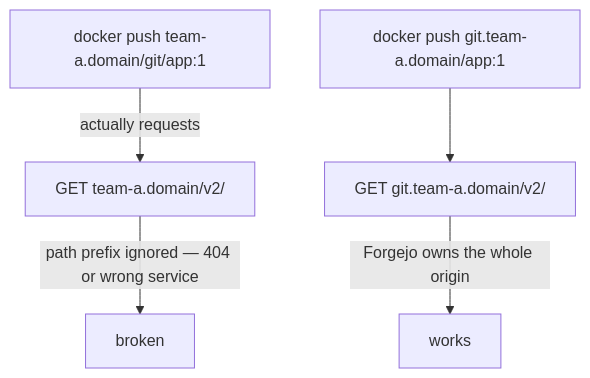
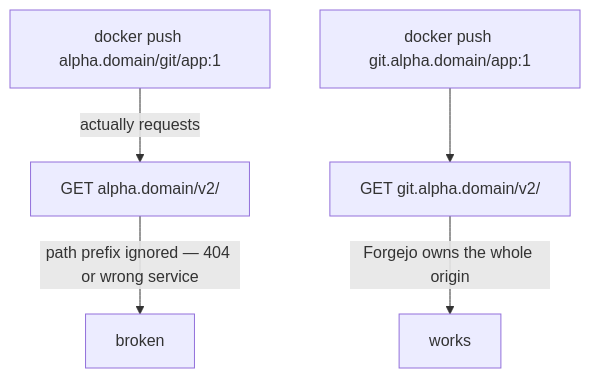
Before and after one commit to johnjoeallen/ignition: the third of 4 diagrams in docs/architecture.md, drawn with Mermaid. The commit also changed other lines of this file and 28 other files, not shown here.

````diff
--- a/docs/architecture.md
+++ b/docs/architecture.md
@@ -59,7 +111,7 @@
 ```mermaid
 flowchart TB
-    A["docker push team-a.domain/git/app:1"] -->|"actually requests"| B["GET team-a.domain/v2/"]
+    A["docker push alpha.domain/git/app:1"] -->|"actually requests"| B["GET alpha.domain/v2/"]
     B -->|"path prefix ignored — 404 or wrong service"| C["broken"]
-    D["docker push git.team-a.domain/app:1"] --> E["GET git.team-a.domain/v2/"]
+    D["docker push git.alpha.domain/app:1"] --> E["GET git.alpha.domain/v2/"]
     E -->|"Forgejo owns the whole origin"| F["works"]
 ```
````
